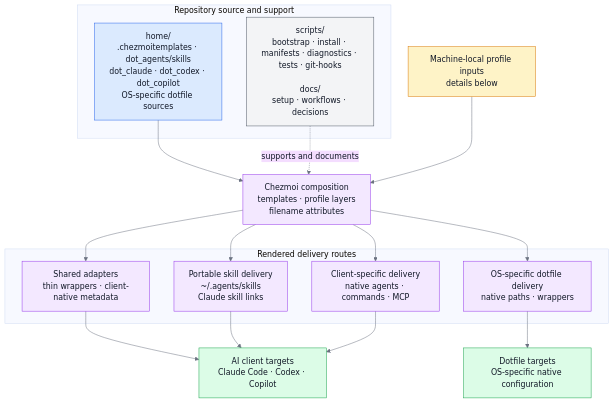
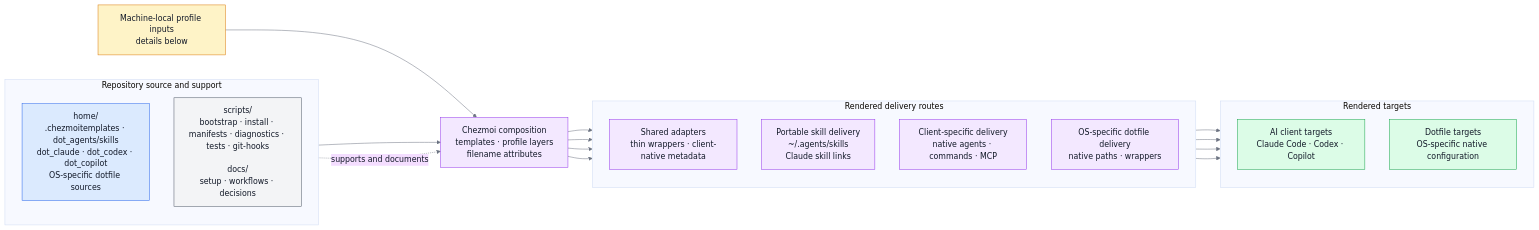
The first of 4 diagrams in README.md (sherrilla71940/dotfiles), drawn with Mermaid before and after one commit. The commit also changed other lines of this file and 1 other file, not shown here.

Commit message:
docs(readme): differentiate overview diagrams

````diff
--- a/README.md
+++ b/README.md
@@ -47,35 +46,45 @@
 ```mermaid
 %%{init: {"theme": "base", "themeVariables": {"primaryTextColor": "#111827", "nodeTextColor": "#111827", "textColor": "#111827", "lineColor": "#6b7280"}, "flowchart": {"useMaxWidth": true}}}%%
-flowchart TB
-    profile["Machine-local profile inputs<br/>details below"]:::choice
+flowchart LR
 
     subgraph repository["Repository source and support"]
+        direction TB
         home["home/<br/>.chezmoitemplates · dot_agents/skills<br/>dot_claude · dot_codex · dot_copilot<br/>OS-specific dotfile sources"]:::source
         support["scripts/<br/>bootstrap · install · manifests · diagnostics · tests · git-hooks<br/><br/>docs/<br/>setup · workflows · decisions"]:::support
     end
 
+    profile["Machine-local profile inputs<br/>details below"]:::choice
     compose["Chezmoi composition<br/>templates · profile layers<br/>filename attributes"]:::process
 
     subgraph routes["Rendered delivery routes"]
+        direction TB
         sharedRoute["Shared adapters<br/>thin wrappers · client-native metadata"]:::process
         portableRoute["Portable skill delivery<br/>~/.agents/skills<br/>Claude skill links"]:::process
         clientRoute["Client-specific delivery<br/>native agents · commands · MCP"]:::process
         osRoute["OS-specific dotfile delivery<br/>native paths · wrappers"]:::process
     end
 
-    aiTargets["AI client targets<br/>Claude Code · Codex · Copilot"]:::target
-    developerTargets["Dotfile targets<br/>OS-specific native configuration"]:::target
+    subgraph targets["Rendered targets"]
+        direction TB
+        aiTargets["AI client targets<br/>Claude Code · Codex · Copilot"]:::target
+        developerTargets["Dotfile targets<br/>OS-specific native configuration"]:::target
+    end
+
     home --> compose
     profile --> compose
     support -. "supports and documents" .-> compose
-    compose --> sharedRoute --> aiTargets
-    compose --> portableRoute --> aiTargets
-    compose --> clientRoute --> aiTargets
-    compose --> osRoute --> developerTargets
+    compose --> sharedRoute
+    compose --> portableRoute
+    compose --> clientRoute
+    compose --> osRoute
+    sharedRoute --> aiTargets
+    portableRoute --> aiTargets
+    clientRoute --> aiTargets
+    osRoute --> developerTargets
 
     classDef source fill:#dbeafe,stroke:#2563eb,color:#111827
     classDef choice fill:#fef3c7,stroke:#d97706,color:#111827
     classDef process fill:#f3e8ff,stroke:#9333ea,color:#111827
     classDef target fill:#dcfce7,stroke:#16a34a,color:#111827
     classDef support fill:#f3f4f6,stroke:#4b5563,color:#111827
 ```
````
